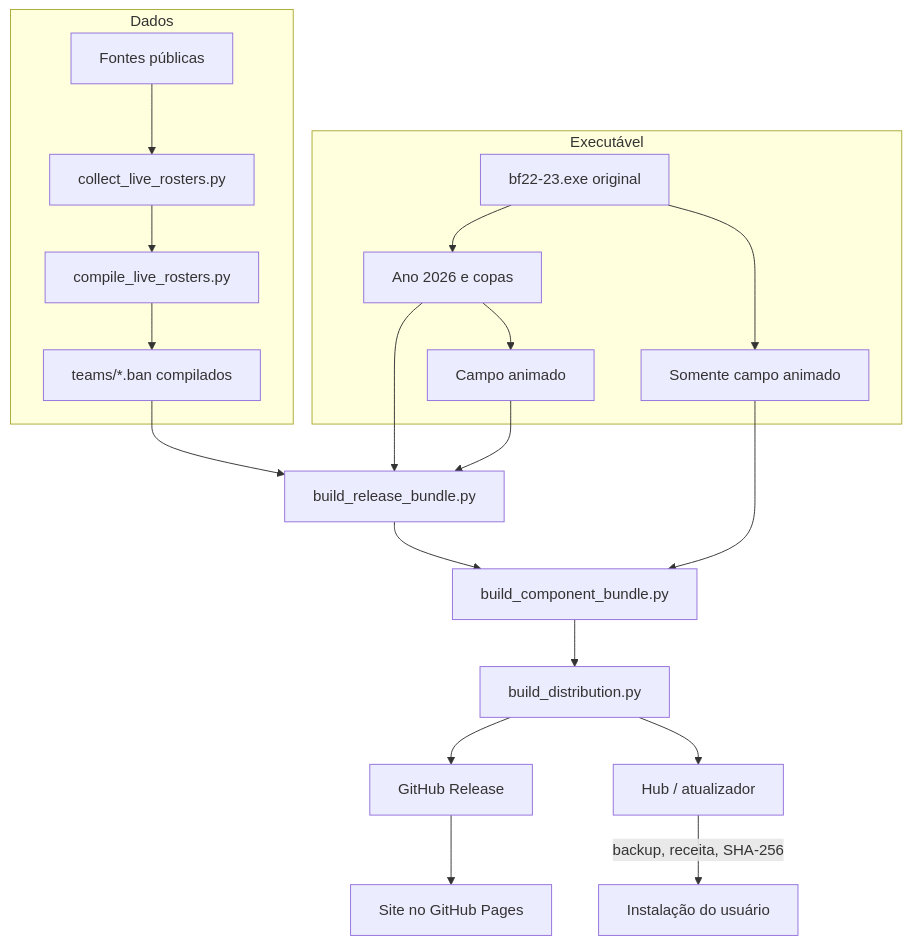
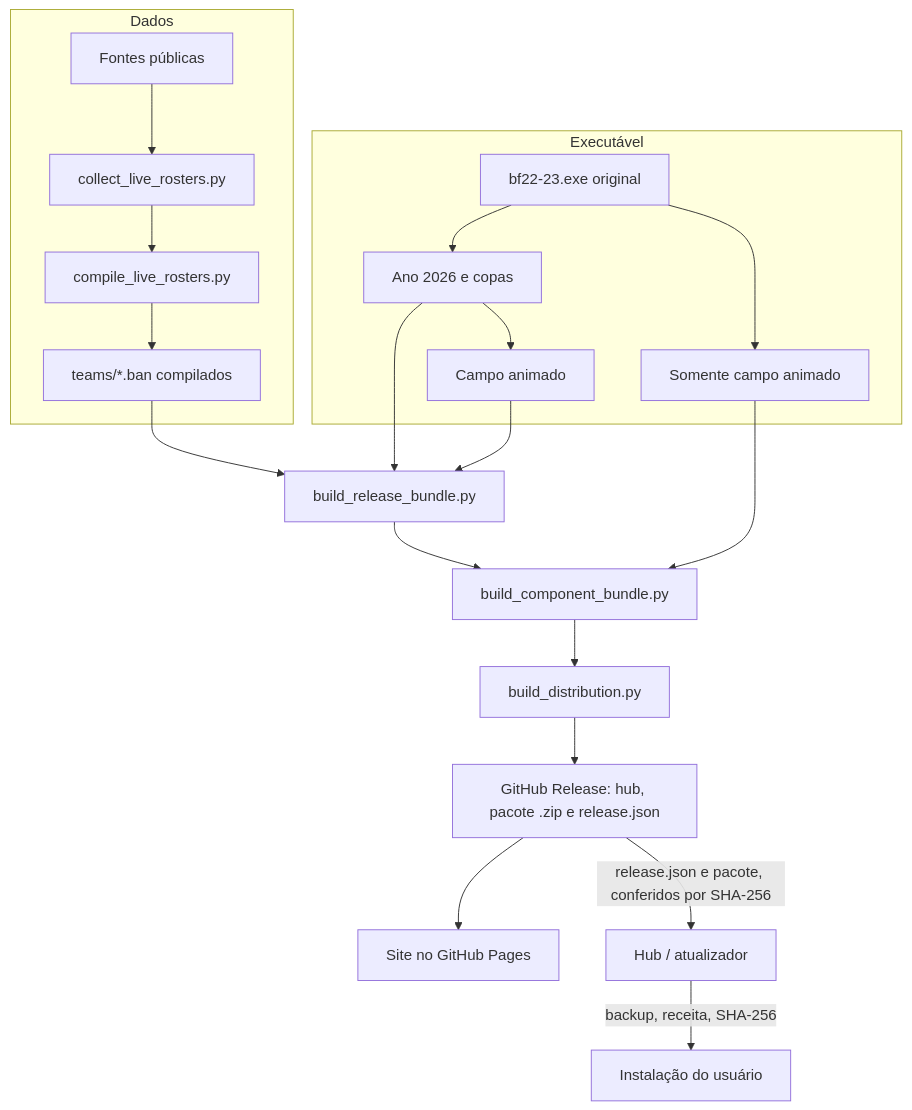
The diagram in docs/architecture.md (yzPeedro/brassfoot-patch), drawn with Mermaid before and after one commit. The commit also changed other lines of this file and 9 other files, not shown here.

Commit message:
docs: hub único com atualização pela release mais recente

````diff
--- a/docs/architecture.md
+++ b/docs/architecture.md
@@ -7,23 +7,23 @@
 ```mermaid
 flowchart TB
   subgraph Dados
     S[Fontes públicas] --> C[collect_live_rosters.py]
     C --> K[compile_live_rosters.py]
     K --> T[teams/*.ban compilados]
   end
   subgraph Executável
     O[bf22-23.exe original] --> Y[Ano 2026 e copas]
     Y --> L[Campo animado]
     O --> L2[Somente campo animado]
   end
   T --> B[build_release_bundle.py]
   Y --> B
   L --> B
   B --> CB[build_component_bundle.py]
   L2 --> CB
   CB --> D[build_distribution.py]
-  D --> R[GitHub Release]
+  D --> R[GitHub Release: hub, pacote .zip e release.json]
   R --> P[Site no GitHub Pages]
-  D --> H[Hub / atualizador]
+  R -->|release.json e pacote, conferidos por SHA-256| H[Hub / atualizador]
   H -->|backup, receita, SHA-256| G[Instalação do usuário]
 ```
````
